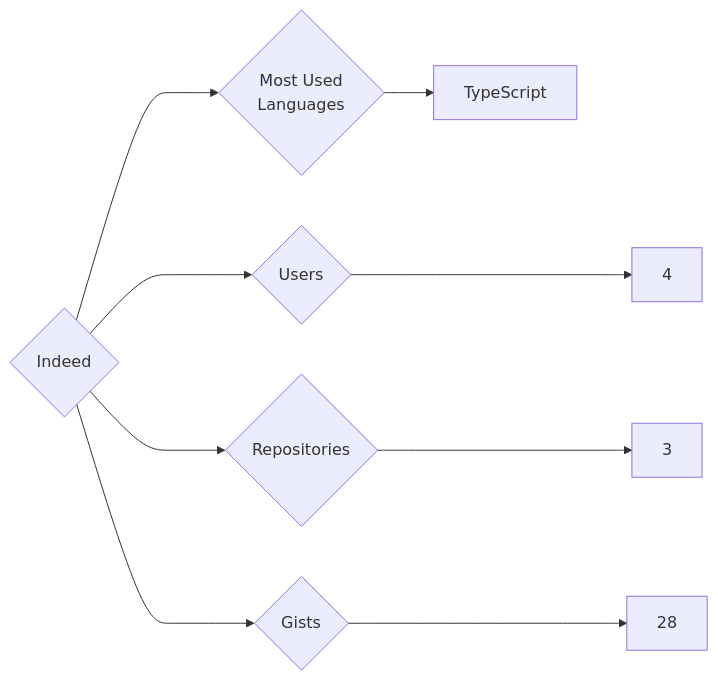
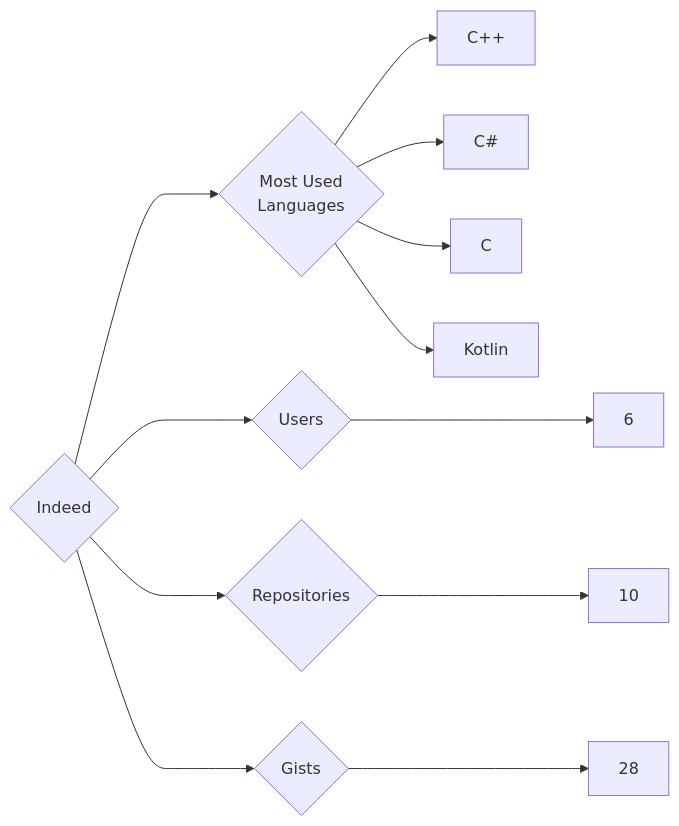
The diagram in targets/Indeed/README.md (trickest/insiders), drawn with Mermaid before and after one commit. The commit also changed 1175 other files, not shown here.

````diff
--- a/targets/Indeed/README.md
+++ b/targets/Indeed/README.md
@@ -3,9 +3,12 @@
 ```mermaid
 graph LR
 COMPANY_NAME{Indeed}
-COMPANY_NAME ---> U{Users} ---> UN[4]
-COMPANY_NAME ---> R{Repositories} ---> RN[3]
+COMPANY_NAME ---> U{Users} ---> UN[6]
+COMPANY_NAME ---> R{Repositories} ---> RN[10]
 COMPANY_NAME ---> G{Gists} ---> GN[28]
 COMPANY_NAME ---> ML{Most Used<br>Languages}
-ML --> TypeScript[TypeScript]
+ML --> C++[C++]
+ML --> C#[C#]
+ML --> C[C]
+ML --> Kotlin[Kotlin]
 ```
````
